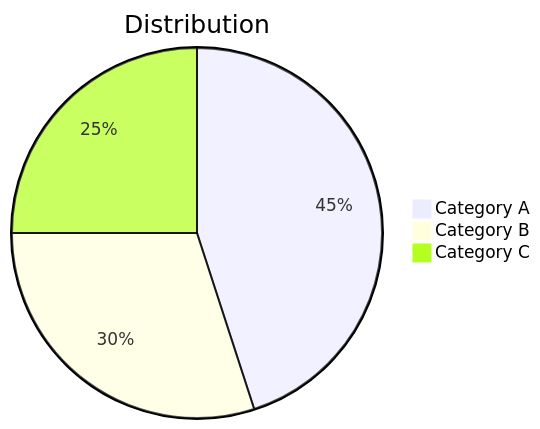
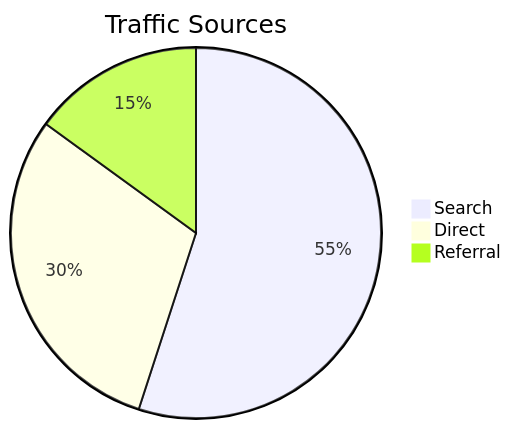
The second of 9 diagrams in skills/creating-mermaid-diagrams/references/other-types.md (narumiruna/agent-skills), drawn with Mermaid before and after one commit. The commit also changed other lines of this file and 92 other files, not shown here.

````diff
--- a/skills/creating-mermaid-diagrams/references/other-types.md
+++ b/skills/creating-mermaid-diagrams/references/other-types.md
@@ -36,6 +22,6 @@
 ```mermaid
-pie title Distribution
-    "Category A" : 45
-    "Category B" : 30
-    "Category C" : 25
+pie title Traffic Sources
+    "Search" : 55
+    "Direct" : 30
+    "Referral" : 15
 ```
````
